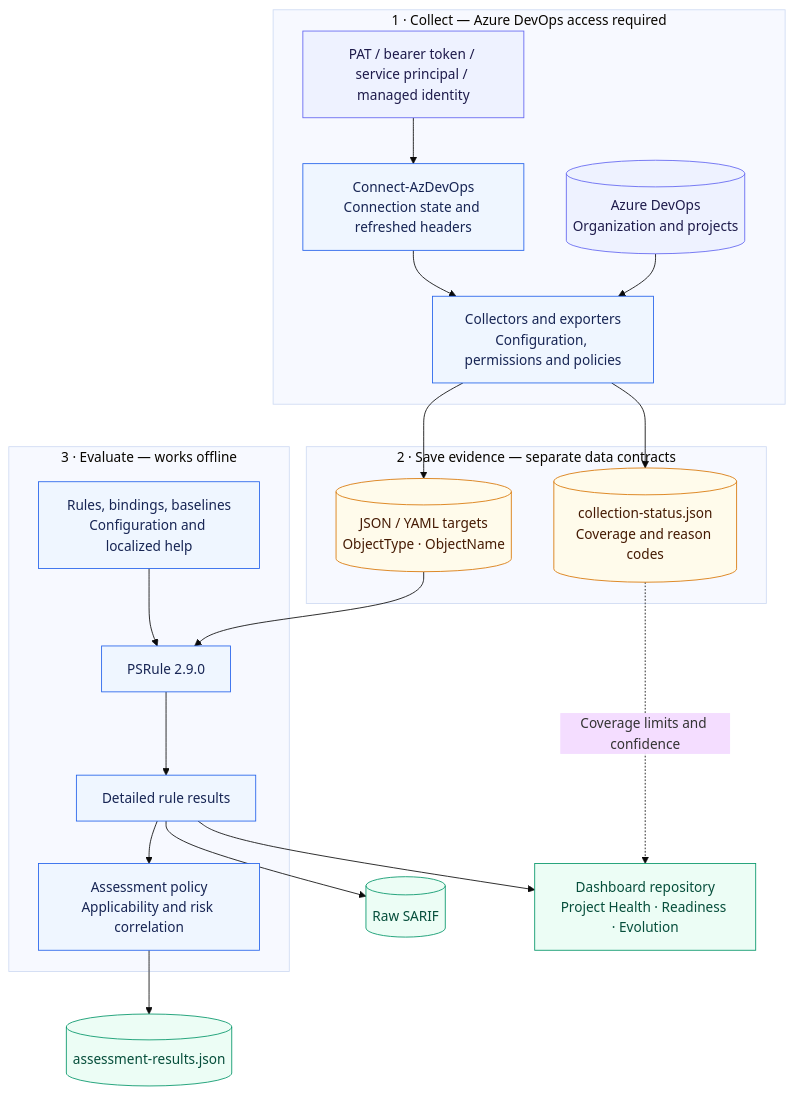
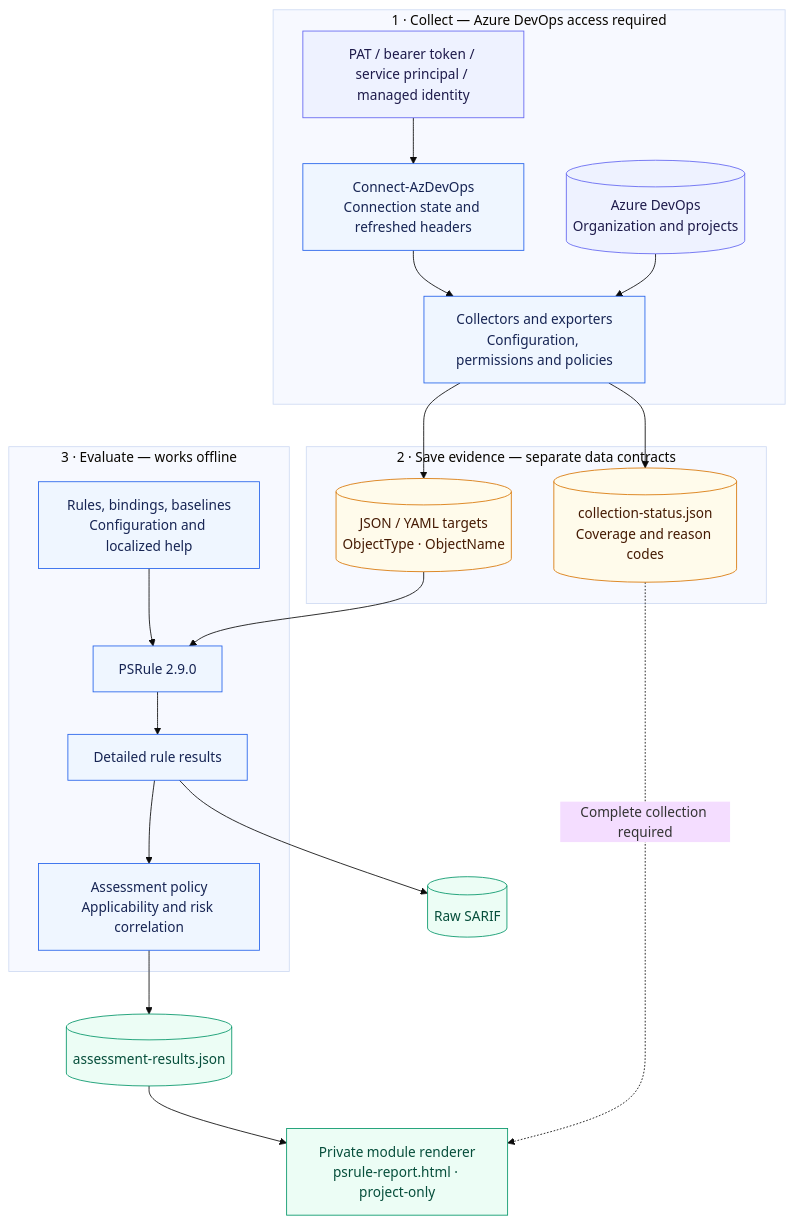
Before and after one commit to wesleycamargo/DevOpsTools.AzureDevOps.PSRule: the first of 2 diagrams in docs/architecture.md, drawn with Mermaid (base theme). The commit also changed other lines of this file and 3 other files, not shown here.

Commit message:
Add html report docs

````diff
--- a/docs/architecture.md
+++ b/docs/architecture.md
@@ -43,47 +49,47 @@
 ```mermaid
 flowchart TB
     subgraph collect["1 · Collect — Azure DevOps access required"]
         identity["PAT / bearer token / service principal / managed identity"]
         connection["Connect-AzDevOps<br/>Connection state and refreshed headers"]
         ado[("Azure DevOps<br/>Organization and projects")]
         collectors["Collectors and exporters<br/>Configuration, permissions and policies"]
         identity --> connection
         connection --> collectors
         ado --> collectors
     end
 
     subgraph evidence["2 · Save evidence — separate data contracts"]
         targets[("JSON / YAML targets<br/>ObjectType · ObjectName")]
         coverage[("collection-status.json<br/>Coverage and reason codes")]
     end
     collectors --> targets
     collectors --> coverage
 
     subgraph evaluate["3 · Evaluate — works offline"]
         definitions["Rules, bindings, baselines<br/>Configuration and localized help"]
         engine["PSRule 2.9.0"]
         results["Detailed rule results"]
         projection["Assessment policy<br/>Applicability and risk correlation"]
         definitions --> engine
         engine --> results
         results --> projection
     end
     targets --> engine
 
     sarif[("Raw SARIF")]
     assessment[("assessment-results.json")]
-    report["Dashboard repository<br/>Project Health · Readiness · Evolution"]
+    report["Private module renderer<br/>psrule-report.html · project-only"]
     results --> sarif
     projection --> assessment
-    results --> report
-    coverage -. "Coverage limits and confidence" .-> report
+    assessment --> report
+    coverage -. "Complete collection required" .-> report
 
     classDef service fill:#eef2ff,stroke:#6366f1,color:#1e1b4b
     classDef step fill:#eff6ff,stroke:#2563eb,color:#172554
     classDef data fill:#fffbeb,stroke:#d97706,color:#451a03
     classDef output fill:#ecfdf5,stroke:#059669,color:#064e3b
     class identity,ado service
     class connection,collectors,definitions,engine,results,projection step
     class targets,coverage data
     class sarif,assessment,report output
 ```
````
